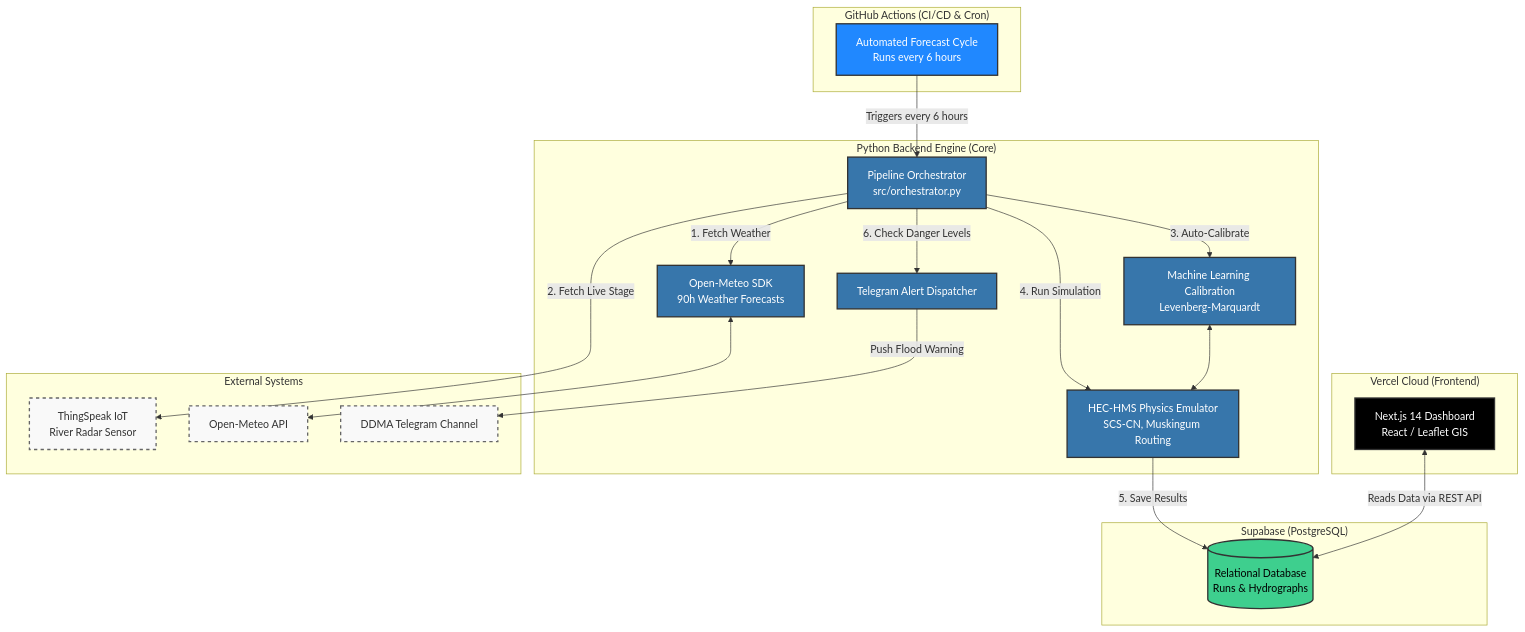
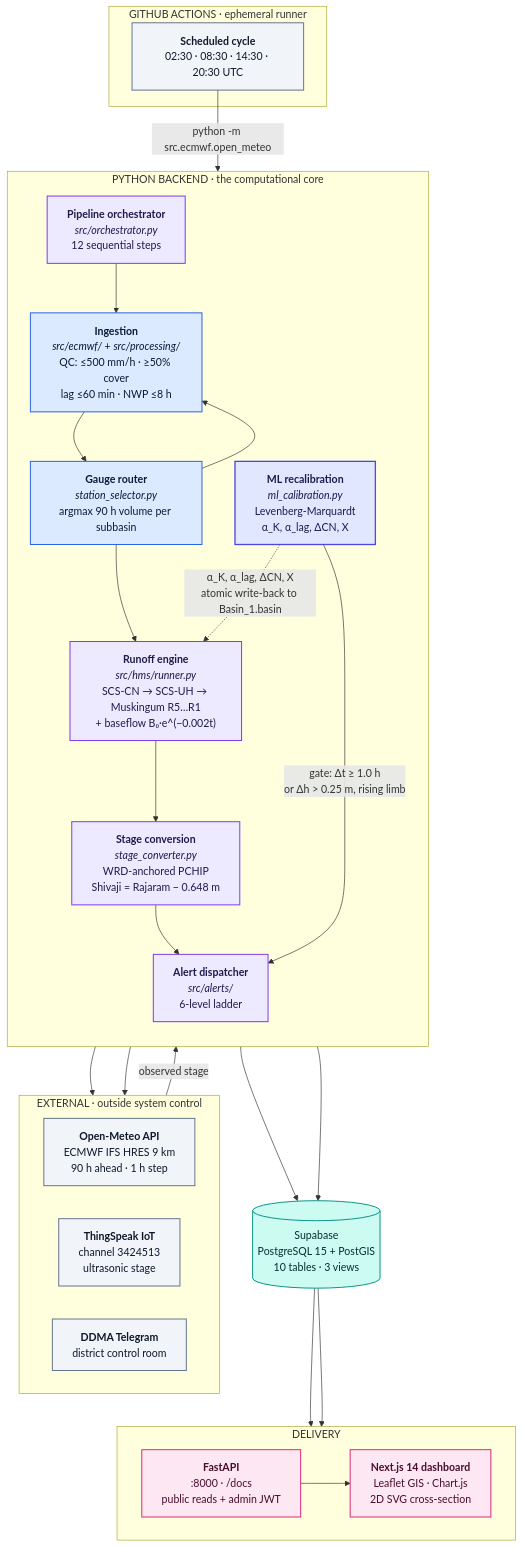
The diagram in ARCHITECTURE.md (satwikcccss-crypto/CCCSS-SUK-Panchganga_Hydrocast), drawn with Mermaid before and after one commit. The commit also changed other lines of this file and 14 other files, not shown here.

````diff
--- a/ARCHITECTURE.md
+++ b/ARCHITECTURE.md
@@ -8,54 +8,65 @@
 ```mermaid
-graph TD
-    %% Define Styles
-    classDef frontend fill:#000,stroke:#333,stroke-width:2px,color:#fff;
-    classDef database fill:#3ECF8E,stroke:#333,stroke-width:2px,color:#000;
-    classDef actions fill:#2088FF,stroke:#333,stroke-width:2px,color:#fff;
-    classDef python fill:#3776AB,stroke:#333,stroke-width:2px,color:#fff;
-    classDef external fill:#f9f9f9,stroke:#666,stroke-width:2px,stroke-dasharray: 5 5;
+flowchart TB
 
-    %% Components
-    subgraph "Vercel Cloud (Frontend)"
-        UI[Next.js 14 Dashboard<br/>React / Leaflet GIS]:::frontend
+    subgraph EXT["EXTERNAL · outside system control"]
+        direction LR
+        OMAPI["<b>Open-Meteo API</b><br/>ECMWF IFS HRES 9 km<br/>90 h ahead · 1 h step"]
+        TS["<b>ThingSpeak IoT</b><br/>channel 3424513<br/>ultrasonic stage"]
+        TGCH["<b>DDMA Telegram</b><br/>district control room"]
     end
 
-    subgraph "GitHub Actions (CI/CD & Cron)"
-        Cron[Automated Forecast Cycle<br/>Runs every 6 hours]:::actions
+    subgraph GH["GITHUB ACTIONS · ephemeral runner"]
+        CRON["<b>Scheduled cycle</b><br/>02:30 · 08:30 · 14:30 · 20:30 UTC"]
     end
 
-    subgraph "Python Backend Engine (Core)"
-        Orchestrator[Pipeline Orchestrator<br/>src/orchestrator.py]:::python
-        ECMWF[Open-Meteo SDK<br/>90h Weather Forecasts]:::python
-        Emulator[HEC-HMS Physics Emulator<br/>SCS-CN, Muskingum Routing]:::python
-        ML[Machine Learning Calibration<br/>Levenberg-Marquardt]:::python
-        Alerts[Telegram Alert Dispatcher]:::python
+    subgraph CORE["PYTHON BACKEND · the computational core"]
+        direction TB
+        ORCH["<b>Pipeline orchestrator</b><br/><i>src/orchestrator.py</i><br/>12 sequential steps"]
+        ING["<b>Ingestion</b><br/><i>src/ecmwf/</i> + <i>src/processing/</i><br/>QC: ≤500 mm/h · ≥50% cover<br/>lag ≤60 min · NWP ≤8 h"]
+        SEL["<b>Gauge router</b><br/><i>station_selector.py</i><br/>argmax 90 h volume per subbasin"]
+        EMU["<b>Runoff engine</b><br/><i>src/hms/runner.py</i><br/>SCS-CN → SCS-UH → Muskingum R5…R1<br/>+ baseflow B₀·e^(−0.002t)"]
+        RATE["<b>Stage conversion</b><br/><i>stage_converter.py</i><br/>WRD-anchored PCHIP<br/>Shivaji = Rajaram − 0.648 m"]
+        ML["<b>ML recalibration</b><br/><i>ml_calibration.py</i><br/>Levenberg-Marquardt<br/>α_K, α_lag, ΔCN, X"]
+        ALT["<b>Alert dispatcher</b><br/><i>src/alerts/</i><br/>6-level ladder"]
     end
 
-    subgraph "Supabase (PostgreSQL)"
-        DB[(Relational Database<br/>Runs & Hydrographs)]:::database
+    DB[("Supabase<br/>PostgreSQL 15 + PostGIS<br/>10 tables · 3 views")]
+
+    subgraph DEL["DELIVERY"]
+        direction LR
+        UI["<b>Next.js 14 dashboard</b><br/>Leaflet GIS · Chart.js<br/>2D SVG cross-section"]
+        API["<b>FastAPI</b><br/>:8000 · /docs<br/>public reads + admin JWT"]
     end
 
-    subgraph "External Systems"
-        ThingSpeak[ThingSpeak IoT<br/>River Radar Sensor]:::external
-        OpenMeteoAPI[Open-Meteo API]:::external
-        Telegram[DDMA Telegram Channel]:::external
-    end
+    CRON -->|python -m src.ecmwf.open_meteo| ING
+    ING --> OMAPI
+    SEL --> ING
+    ORCH --> ING
+    ING --> SEL
+    SEL --> EMU
+    EMU --> RATE
+    RATE --> ALT
+    ALT --> TGCH
+    TS -->|observed stage| ML
+    ML -->|gate: Δt ≥ 1.0 h<br/>or Δh &gt; 0.25 m, rising limb| ALT
+    ML -.->|α_K, α_lag, ΔCN, X<br/>atomic write-back to Basin_1.basin| EMU
+    EMU --> DB
+    RATE --> DB
+    DB --> UI
+    DB --> API
+    API --> UI
 
-    %% Connections
-    UI <-->|Reads Data via REST API| DB
-    
-    Cron -->|Triggers every 6 hours| Orchestrator
-    
-    Orchestrator -->|1. Fetch Weather| ECMWF
-    ECMWF <--> OpenMeteoAPI
-    
-    Orchestrator -->|2. Fetch Live Stage| ThingSpeak
-    Orchestrator -->|3. Auto-Calibrate| ML
-    ML <--> Emulator
-    
-    Orchestrator -->|4. Run Simulation| Emulator
-    Emulator -->|5. Save Results| DB
-    
-    Orchestrator -->|6. Check Danger Levels| Alerts
-    Alerts -->|Push Flood Warning| Telegram
+    classDef force   fill:#f1f5f9,stroke:#64748b,stroke-width:1.5px,color:#0f172a
+    classDef ingest  fill:#dbeafe,stroke:#2563eb,stroke-width:1.5px,color:#0c1a3a
+    classDef compute fill:#ede9fe,stroke:#7c3aed,stroke-width:1.5px,color:#1e1b4b
+    classDef store   fill:#ccfbf1,stroke:#0d9488,stroke-width:1.5px,color:#04302b
+    classDef deliver fill:#fce7f3,stroke:#db2777,stroke-width:1.5px,color:#4a0d2a
+    classDef closed  fill:#e0e7ff,stroke:#4f46e5,stroke-width:2px,color:#1e1b4b
+
+    class OMAPI,TS,TGCH,CRON force
+    class ING,SEL ingest
+    class ORCH,EMU,RATE,ALT compute
+    class DB store
+    class UI,API deliver
+    class ML closed
 ```
````
